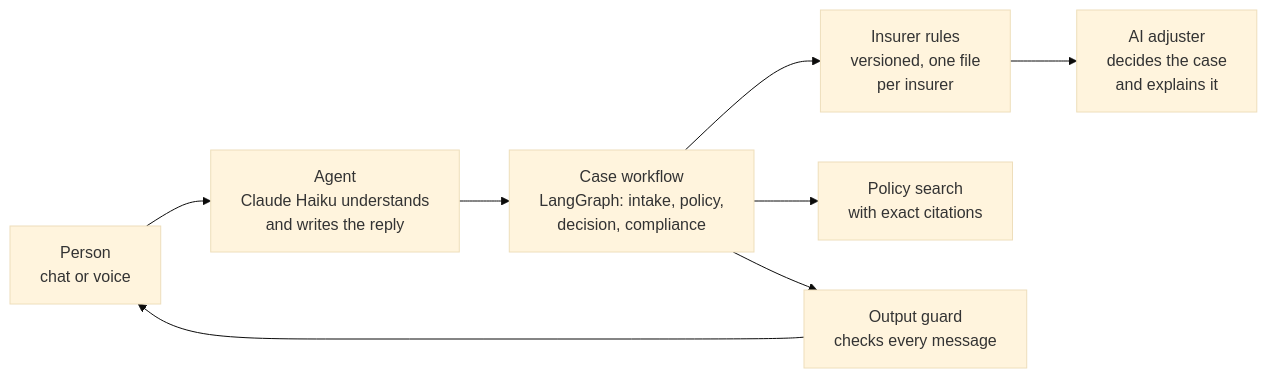
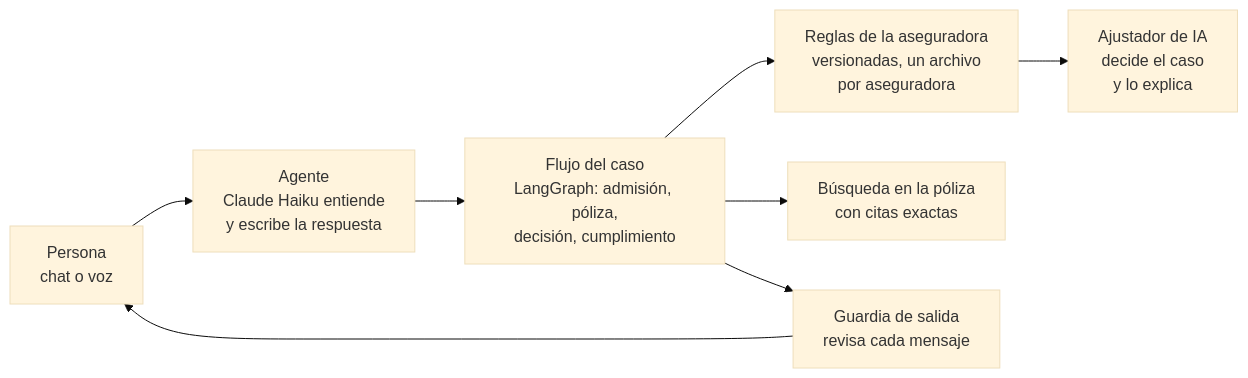
One commit to miguelczz/cautelia changed the diagram in README.md. Above: the diagram before and after it, drawn with Mermaid (base theme). The commit also changed other lines of this file and 2 other files, not shown here.

````diff
--- a/README.md
+++ b/README.md
@@ -69,10 +69,10 @@
 ```mermaid
 flowchart LR
-  P["Person<br/>chat or voice"] --> A["Agent<br/>Claude Haiku understands<br/>and writes the reply"]
-  A --> G["Case workflow<br/>LangGraph: intake, policy,<br/>decision, compliance"]
-  G --> R["Insurer rules<br/>versioned, one file<br/>per insurer"]
-  G --> C["Policy search<br/>with exact citations"]
-  R --> I["AI adjuster<br/>decides the case<br/>and explains it"]
-  G --> O["Output guard<br/>checks every message"]
+  P["Persona<br/>chat o voz"] --> A["Agente<br/>Claude Haiku entiende<br/>y escribe la respuesta"]
+  A --> G["Flujo del caso<br/>LangGraph: admisión, póliza,<br/>decisión, cumplimiento"]
+  G --> R["Reglas de la aseguradora<br/>versionadas, un archivo<br/>por aseguradora"]
+  G --> C["Búsqueda en la póliza<br/>con citas exactas"]
+  R --> I["Ajustador de IA<br/>decide el caso<br/>y lo explica"]
+  G --> O["Guardia de salida<br/>revisa cada mensaje"]
   O --> P
 ```
````
